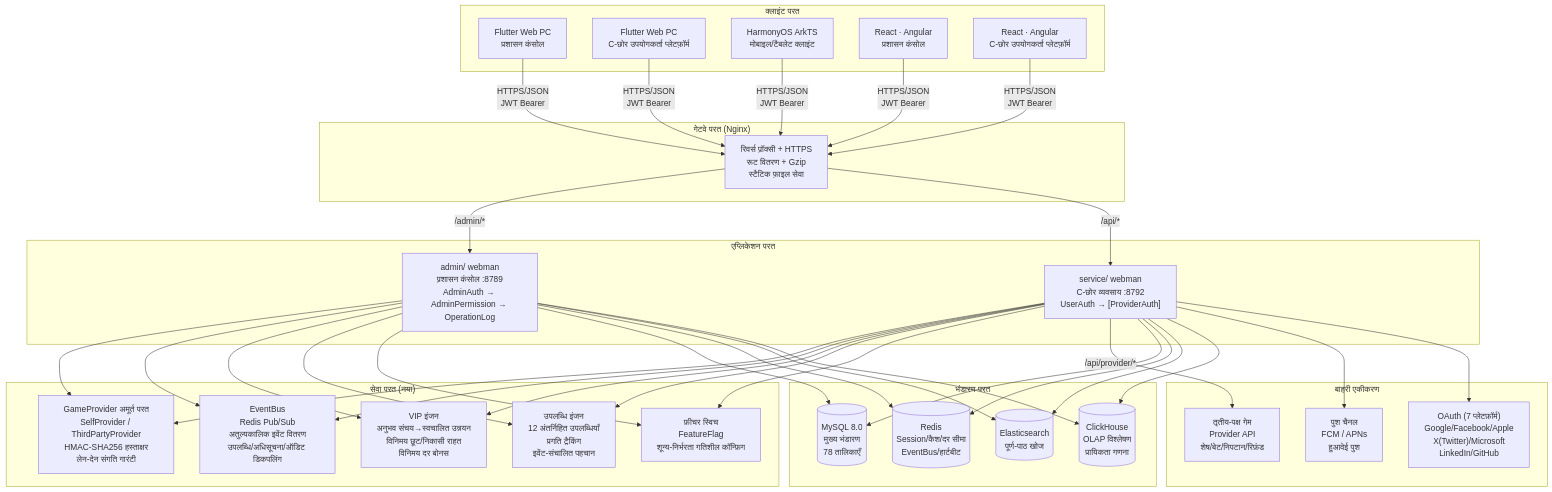
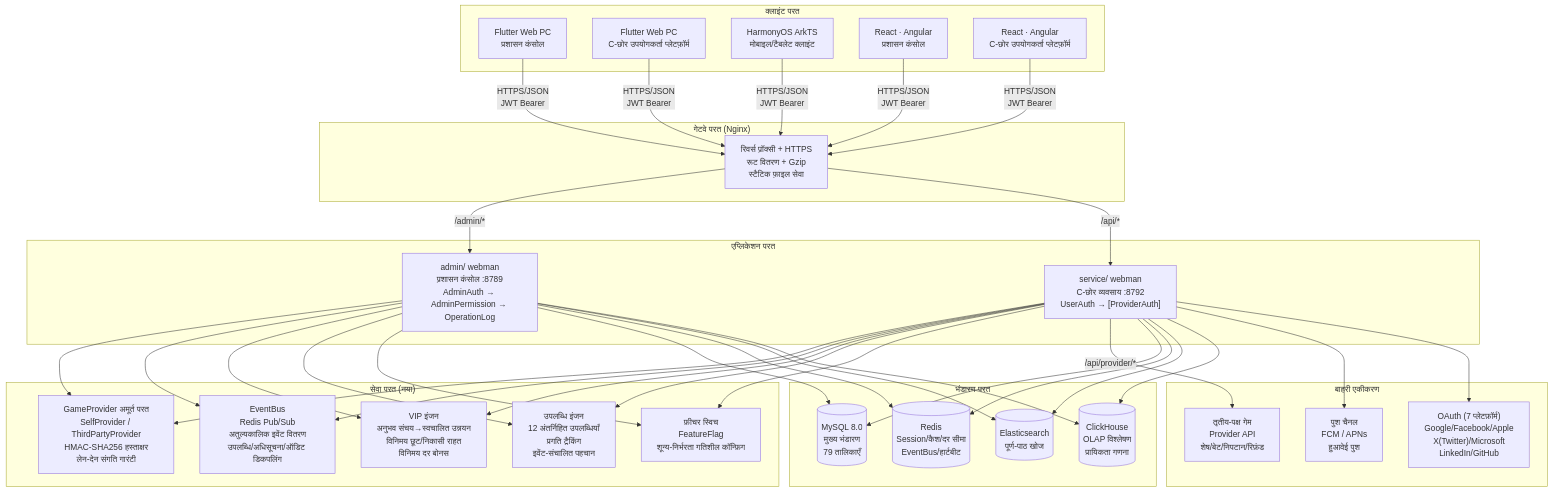
Before and after one commit to erikwang2013/game-platform-php: the first of 2 diagrams in docs/ARCHITECTURE.hi.md, drawn with Mermaid. The commit also changed other lines of this file and 710 other files, not shown here.

````diff
--- a/docs/ARCHITECTURE.hi.md
+++ b/docs/ARCHITECTURE.hi.md
@@ -11,48 +11,48 @@
 ```mermaid
 flowchart TB
     subgraph "क्लाइंट परत"
         A1["Flutter Web PC<br/>प्रशासन कंसोल"]
         A2["Flutter Web PC<br/>C-छोर उपयोगकर्ता प्लेटफ़ॉर्म"]
         A3["HarmonyOS ArkTS<br/>मोबाइल/टैबलेट क्लाइंट"]
         A4["React · Angular<br/>प्रशासन कंसोल"]
         A5["React · Angular<br/>C-छोर उपयोगकर्ता प्लेटफ़ॉर्म"]
     end
 
     subgraph "गेटवे परत (Nginx)"
         B1["रिवर्स प्रॉक्सी + HTTPS<br/>रूट वितरण + Gzip<br/>स्टैटिक फ़ाइल सेवा"]
     end
 
     subgraph "एप्लिकेशन परत"
         C1["admin/ webman<br/>प्रशासन कंसोल :8789<br/>AdminAuth → AdminPermission → OperationLog"]
         C2["service/ webman<br/>C-छोर व्यवसाय :8792<br/>UserAuth → [ProviderAuth]"]
     end
 
     subgraph "सेवा परत (नया)"
         D0["GameProvider अमूर्त परत<br/>SelfProvider / ThirdPartyProvider<br/>HMAC-SHA256 हस्ताक्षर<br/>लेन-देन संगति गारंटी"]
         D1["EventBus<br/>Redis Pub/Sub<br/>अतुल्यकालिक इवेंट वितरण<br/>उपलब्धि/अधिसूचना/ऑडिट डिकपलिंग"]
         D2["VIP इंजन<br/>अनुभव संचय→स्वचालित उन्नयन<br/>विनिमय छूट/निकासी राहत<br/>विनिमय दर बोनस"]
         D3["उपलब्धि इंजन<br/>12 अंतर्निहित उपलब्धियाँ<br/>प्रगति ट्रैकिंग<br/>इवेंट-संचालित पहचान"]
         D4["फ़ीचर स्विच<br/>FeatureFlag<br/>शून्य-निर्भरता गतिशील कॉन्फ़िग"]
     end
 
     subgraph "भंडारण परत"
-        E1[("MySQL 8.0<br/>मुख्य भंडारण<br/>78 तालिकाएँ")]
+        E1[("MySQL 8.0<br/>मुख्य भंडारण<br/>79 तालिकाएँ")]
         E2[("Redis<br/>Session/कैश/दर सीमा<br/>EventBus/हार्टबीट")]
         E3[("Elasticsearch<br/>पूर्ण-पाठ खोज")]
         E4[("ClickHouse<br/>OLAP विश्लेषण<br/>प्रायिकता गणना")]
     end
 
     subgraph "बाहरी एकीकरण"
         F1["तृतीय-पक्ष गेम<br/>Provider API<br/>शेष/बेट/निपटान/रिफ़ंड"]
         F2["पुश चैनल<br/>FCM / APNs<br/>हुआवेई पुश"]
         F3["OAuth (7 प्लेटफ़ॉर्म)<br/>Google/Facebook/Apple<br/>X(Twitter)/Microsoft<br/>LinkedIn/GitHub"]
     end
 
     A1 & A2 & A3 & A4 & A5 -->|"HTTPS/JSON<br/>JWT Bearer"| B1
     B1 -->|"/admin/*"| C1
     B1 -->|"/api/*"| C2
     C1 & C2 --> D0 & D1 & D2 & D3 & D4
     C2 -->|"/api/provider/*"| F1
     C1 & C2 --> E1 & E2 & E3 & E4
     C2 --> F2 & F3
 ```
````
